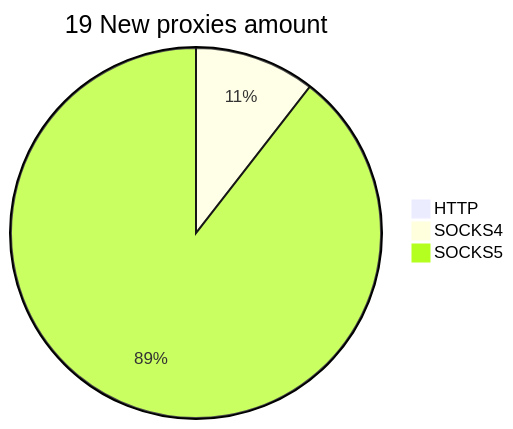
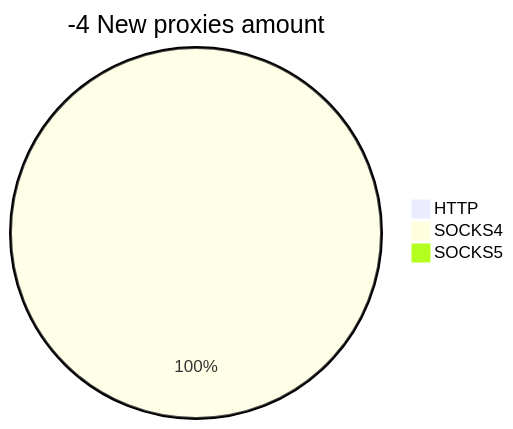
The second of 2 diagrams in README.md (cutipu/proxylist), drawn with Mermaid before and after one commit. The commit also changed other lines of this file, not shown here.

````diff
--- a/README.md
+++ b/README.md
@@ -10,6 +10,6 @@
 ```mermaid
-pie title 19 New proxies amount
+pie title -4 New proxies amount
     "HTTP" : 0
-    "SOCKS4" : 2
-    "SOCKS5" : 17
+    "SOCKS4" : 1
+    "SOCKS5" : 0
 ```
````
